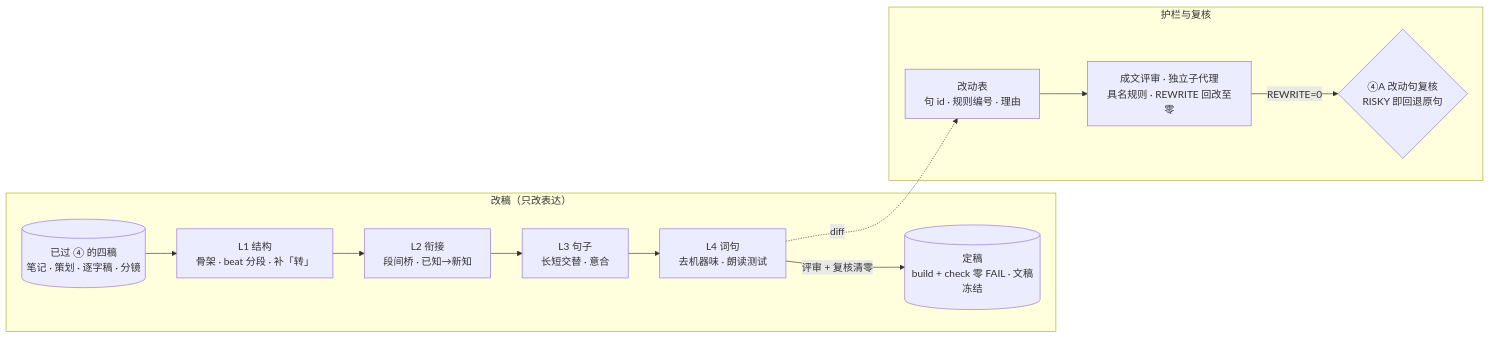
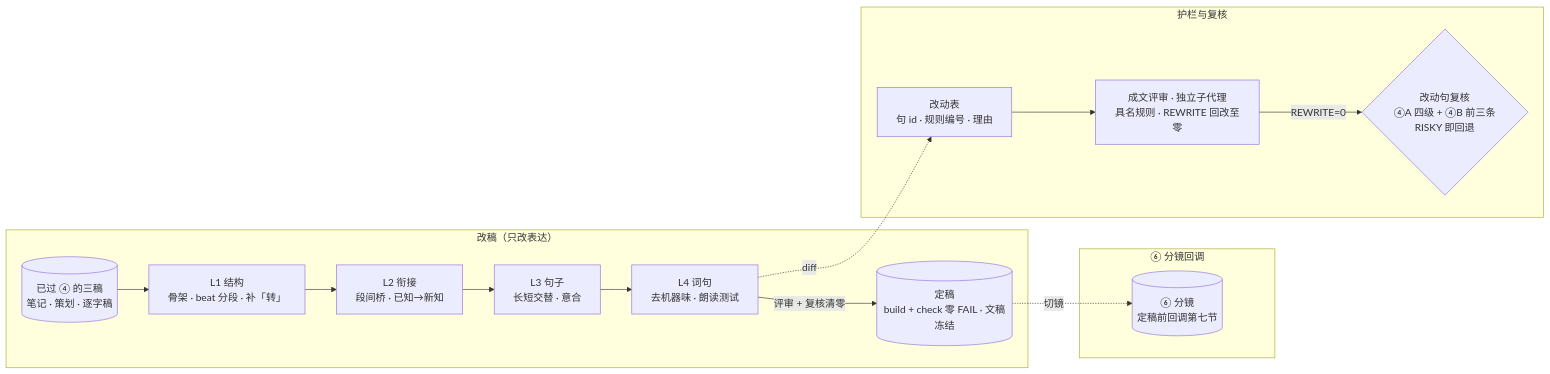
One commit to ThreeFish-AI/to-video changed the diagram in docs/assets/mermaid/prose-refinement--passes.mmd. Above: the diagram before and after it, drawn with Mermaid. The commit also changed 12 other files, not shown here.

First line of the commit message:
fix(rsi): ⑤ 留底基准、复核覆盖 ④B 与图面时序（RSI-011 三次评审）;

```diff
--- a/docs/assets/mermaid/prose-refinement--passes.mmd
+++ b/docs/assets/mermaid/prose-refinement--passes.mmd
@@ -1,18 +1,23 @@
 %% source: references/05-prose-refinement.md — 三、四层 pass · 九、改动审计与复核
 %% slug: prose-refinement--passes
 %% type: workflow
 %% derived: authored for RSI-011（archify JSON 源不入库，本文件是可 diff 的拓扑事实）
 %% fix: RSI-011 评审回归——补「成文评审」节点；门改为评审 REWRITE=0 且复核 RISKY=0、REWRITE=0；回退并入复核节点
+%% fix: RSI-011 三次评审——输入改为三稿（分镜在 ⑥ 才产出，定稿前回调第七节）；复核覆盖 ④A 四级 + ④B 前三条
 flowchart LR
+    subgraph CB["⑥ 分镜回调"]
+        SB[(⑥ 分镜<br/>定稿前回调第七节)]
+    end
     subgraph PASS["改稿（只改表达）"]
-        IN[(已过 ④ 的四稿<br/>笔记 · 策划 · 逐字稿 · 分镜)] --> L1[L1 结构<br/>骨架 · beat 分段 · 补「转」]
+        IN[(已过 ④ 的三稿<br/>笔记 · 策划 · 逐字稿)] --> L1[L1 结构<br/>骨架 · beat 分段 · 补「转」]
         L1 --> L2[L2 衔接<br/>段间桥 · 已知→新知]
         L2 --> L3[L3 句子<br/>长短交替 · 意合]
         L3 --> L4[L4 词句<br/>去机器味 · 朗读测试]
         L4 -->|评审 + 复核清零| GATE[(定稿<br/>build + check 零 FAIL · 文稿冻结)]
     end
     subgraph GUARD["护栏与复核"]
         AUDIT[改动表<br/>句 id · 规则编号 · 理由] --> REVIEW[成文评审 · 独立子代理<br/>具名规则 · REWRITE 回改至零]
-        REVIEW -->|REWRITE=0| RECHECK{④A 改动句复核<br/>RISKY 即回退原句}
+        REVIEW -->|REWRITE=0| RECHECK{改动句复核<br/>④A 四级 + ④B 前三条<br/>RISKY 即回退}
     end
     L4 -.->|diff| AUDIT
+    GATE -.->|切镜| SB
```
